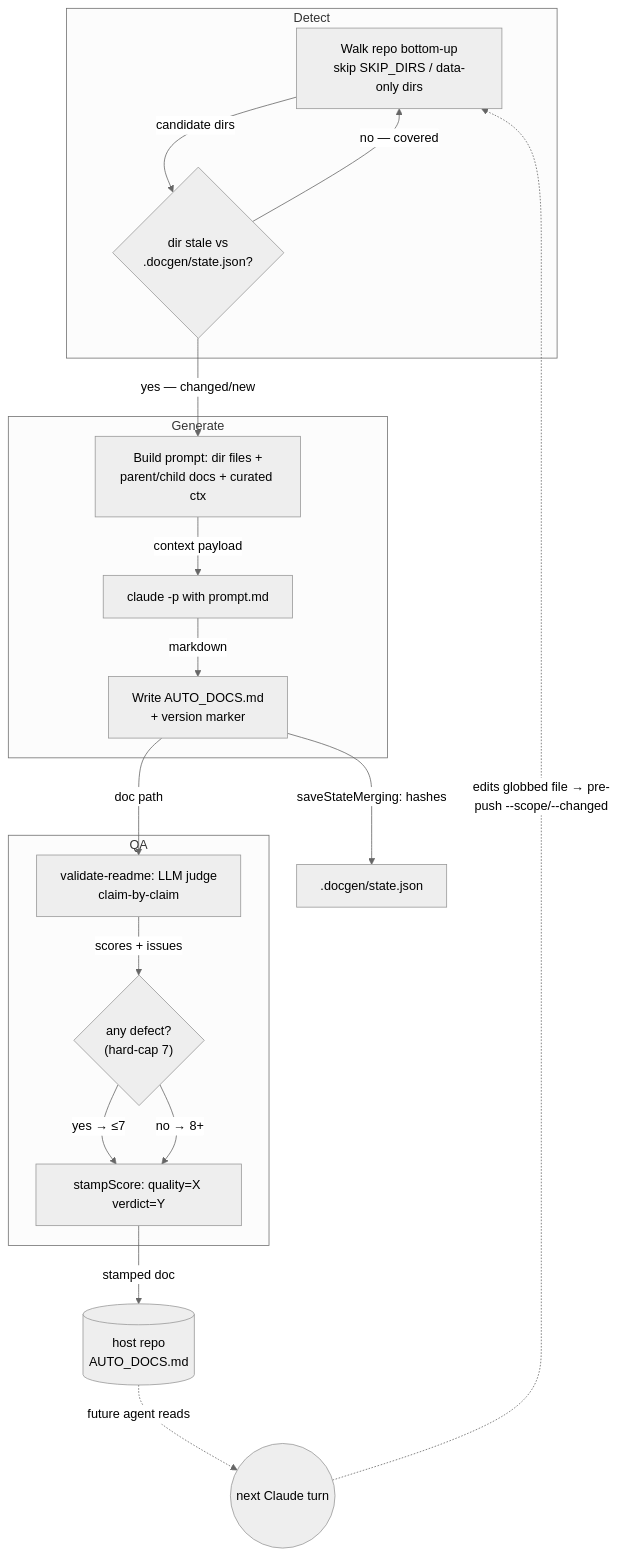
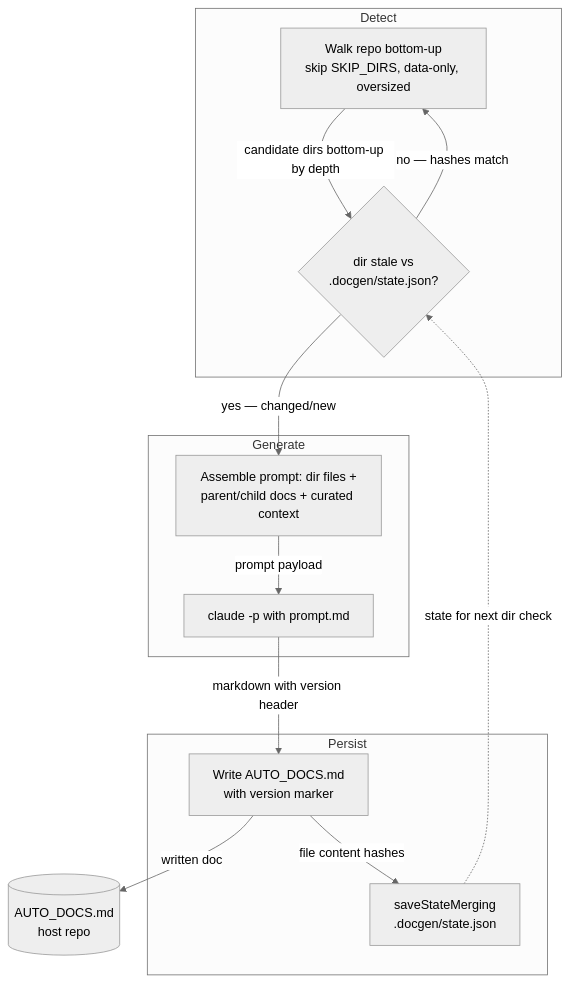
One commit to decider/codecontext changed the second of 4 diagrams in docs/systems/docgen.md. Above: the diagram before and after it, drawn with Mermaid (neutral theme). The commit also changed other lines of this file and 14 other files, not shown here.

First line of the commit message:
fix: top-down loop diagrams + layout-stability guard, higher-quality manifests

````diff
--- a/docs/systems/docgen.md
+++ b/docs/systems/docgen.md
@@ -35,30 +61,24 @@
 ```mermaid
 flowchart TB
   subgraph Detect
-    W["Walk repo bottom-up<br/>skip SKIP_DIRS / data-only dirs"]
+    W["Walk repo bottom-up<br/>skip SKIP_DIRS, data-only, oversized"]
     S{"dir stale vs<br/>.docgen/state.json?"}
   end
   subgraph Generate
-    B["Build prompt: dir files +<br/>parent/child docs + curated ctx"]
+    B["Assemble prompt: dir files +<br/>parent/child docs + curated context"]
     C["claude -p with prompt.md"]
-    WR["Write AUTO_DOCS.md<br/>+ version marker"]
   end
-  subgraph QA
-    V["validate-readme: LLM judge<br/>claim-by-claim"]
-    HC{"any defect?<br/>(hard-cap 7)"}
-    ST["stampScore: quality=X verdict=Y"]
+  subgraph Persist
+    WR["Write AUTO_DOCS.md<br/>with version marker"]
+    SS["saveStateMerging<br/>.docgen/state.json"]
   end
-  W -->|candidate dirs| S
-  S -->|"no — covered"| W
+  FS[("AUTO_DOCS.md<br/>host repo")]
+  W -->|"candidate dirs bottom-up by depth"| S
+  S -->|"no — hashes match"| W
   S -->|"yes — changed/new"| B
-  B -->|context payload| C
-  C -->|markdown| WR
-  WR -->|"saveStateMerging: hashes"| ST2[".docgen/state.json"]
-  WR -->|doc path| V
-  V -->|scores + issues| HC
-  HC -->|"yes → ≤7"| ST
-  HC -->|"no → 8+"| ST
-  ST -->|stamped doc| HR[("host repo<br/>AUTO_DOCS.md")]
-  HR -.->|future agent reads| AG((next Claude turn))
-  AG -.->|"edits globbed file → pre-push --scope/--changed"| W
+  B -->|"prompt payload"| C
+  C -->|"markdown with version header"| WR
+  WR -->|"written doc"| FS
+  WR -->|"file content hashes"| SS
+  SS -.->|"state for next dir check"| S
 ```
````
